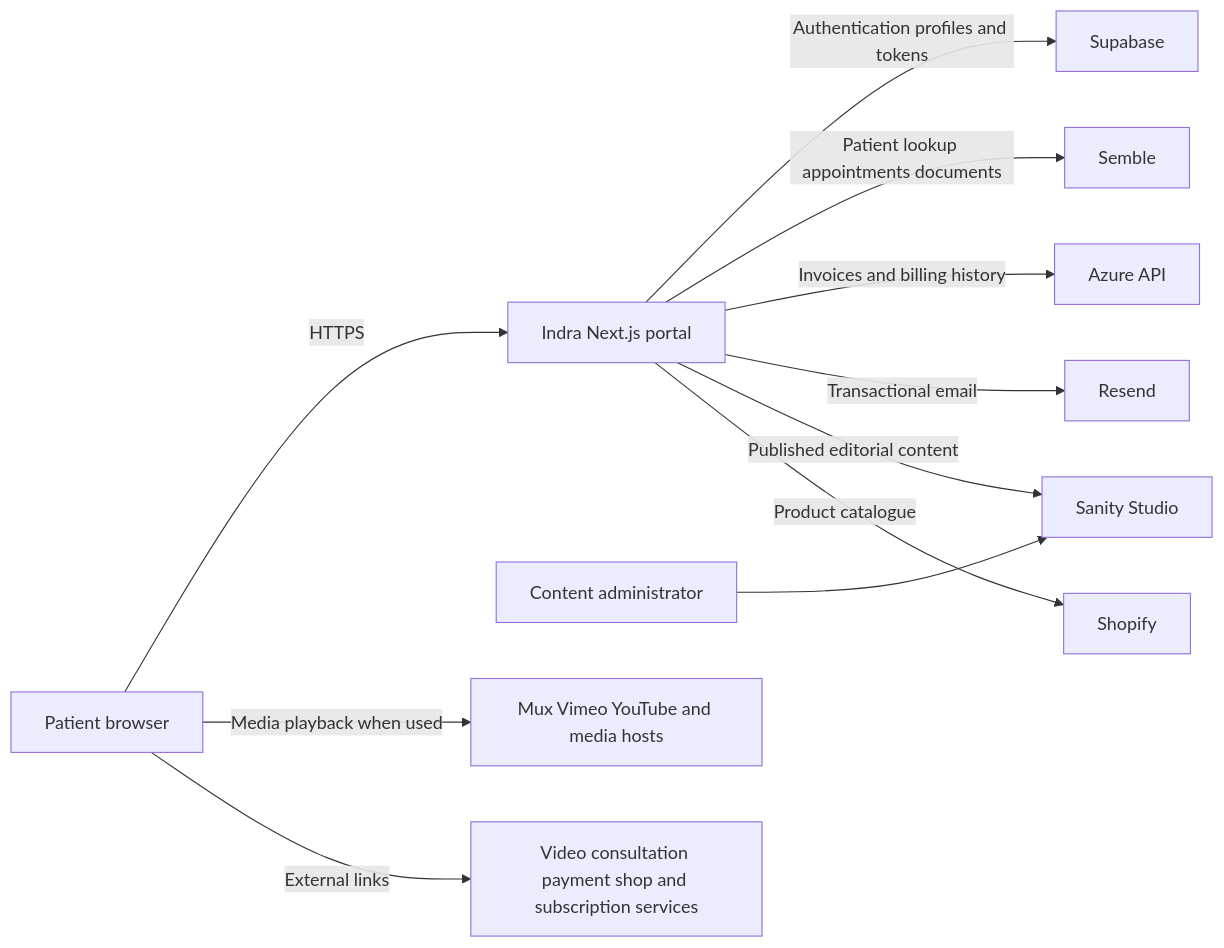
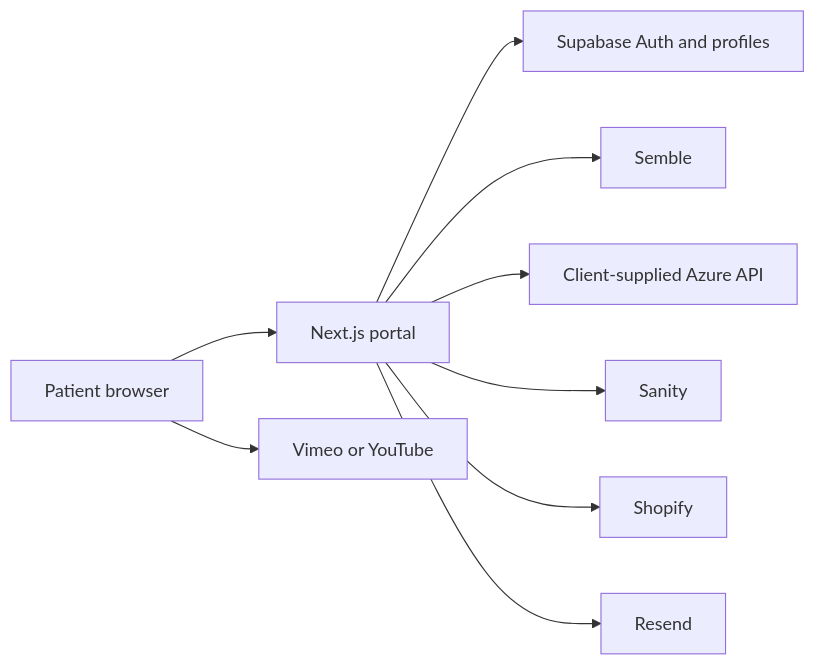
One commit to arrayfm/indra changed the diagram in docs/technical-documentation.md. Above: the diagram before and after it, drawn with Mermaid. The commit also changed other lines of this file, not shown here.

````diff
--- a/docs/technical-documentation.md
+++ b/docs/technical-documentation.md
@@ -33,13 +20,11 @@
 ```mermaid
 flowchart LR
-    U[Patient browser] -->|HTTPS| W[Indra Next.js portal]
-    A[Content administrator] --> S[Sanity Studio]
-    W -->|Authentication profiles and tokens| SB[Supabase]
-    W -->|Patient lookup appointments documents| SE[Semble]
-    W -->|Invoices and billing history| AZ[Azure API]
-    W -->|Transactional email| R[Resend]
-    W -->|Published editorial content| S
-    W -->|Product catalogue| SH[Shopify]
-    U -->|Media playback when used| M[Mux Vimeo YouTube and media hosts]
-    U -->|External links| X[Video consultation payment shop and subscription services]
+  Browser[Patient browser] --> Portal[Next.js portal]
+  Portal --> Supabase[Supabase Auth and profiles]
+  Portal --> Semble[Semble]
+  Portal --> Azure[Client-supplied Azure API]
+  Portal --> Sanity[Sanity]
+  Portal --> Shopify[Shopify]
+  Portal --> Resend[Resend]
+  Browser --> Video[Vimeo or YouTube]
 ```
````
